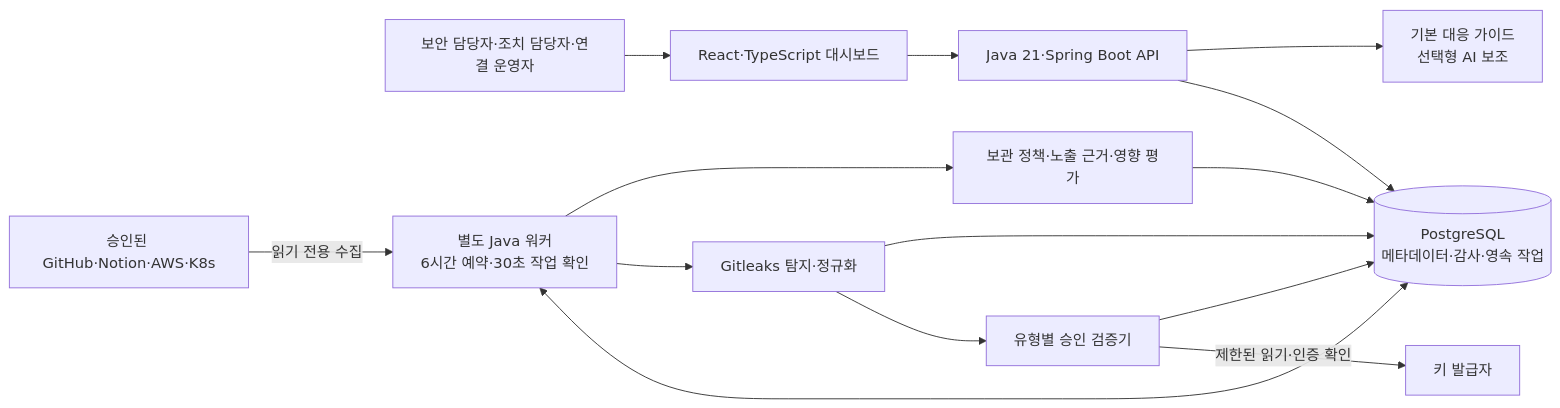
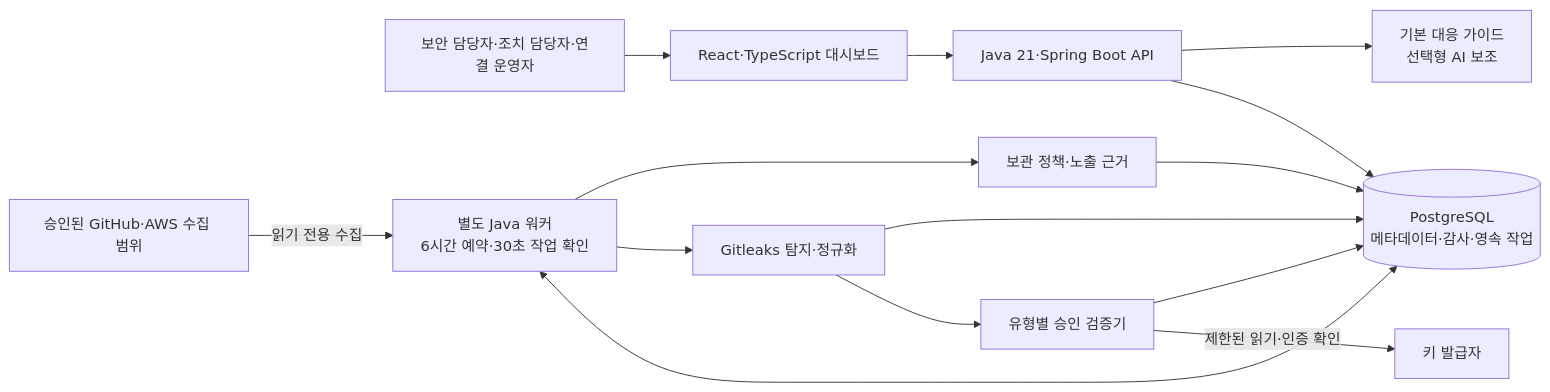
One commit to Logssey/security-solution-docs changed the diagram in secret-management/03-architecture/system-overview.md. Above: the diagram before and after it, drawn with Mermaid. The commit also changed other lines of this file and 8 other files, not shown here.

````diff
--- a/secret-management/03-architecture/system-overview.md
+++ b/secret-management/03-architecture/system-overview.md
@@ -7,19 +7,19 @@
 ```mermaid
 flowchart LR
   U[보안 담당자·조치 담당자·연결 운영자] --> UI[React·TypeScript 대시보드]
   UI --> API[Java 21·Spring Boot API]
   API --> DB[(PostgreSQL
 메타데이터·감사·영속 작업)]
   W[별도 Java 워커
 6시간 예약·30초 작업 확인] <--> DB
-  G[승인된 GitHub·Notion·AWS·K8s] -->|읽기 전용 수집| W
+  G[승인된 GitHub·AWS 수집 범위] -->|읽기 전용 수집| W
   W --> D[Gitleaks 탐지·정규화]
   D --> V[유형별 승인 검증기]
   V -->|제한된 읽기·인증 확인| I[키 발급자]
   D --> DB
   V --> DB
-  W --> P[보관 정책·노출 근거·영향 평가]
+  W --> P[보관 정책·노출 근거]
   P --> DB
   API --> GUIDE[기본 대응 가이드
 선택형 AI 보조]
 ```
````
